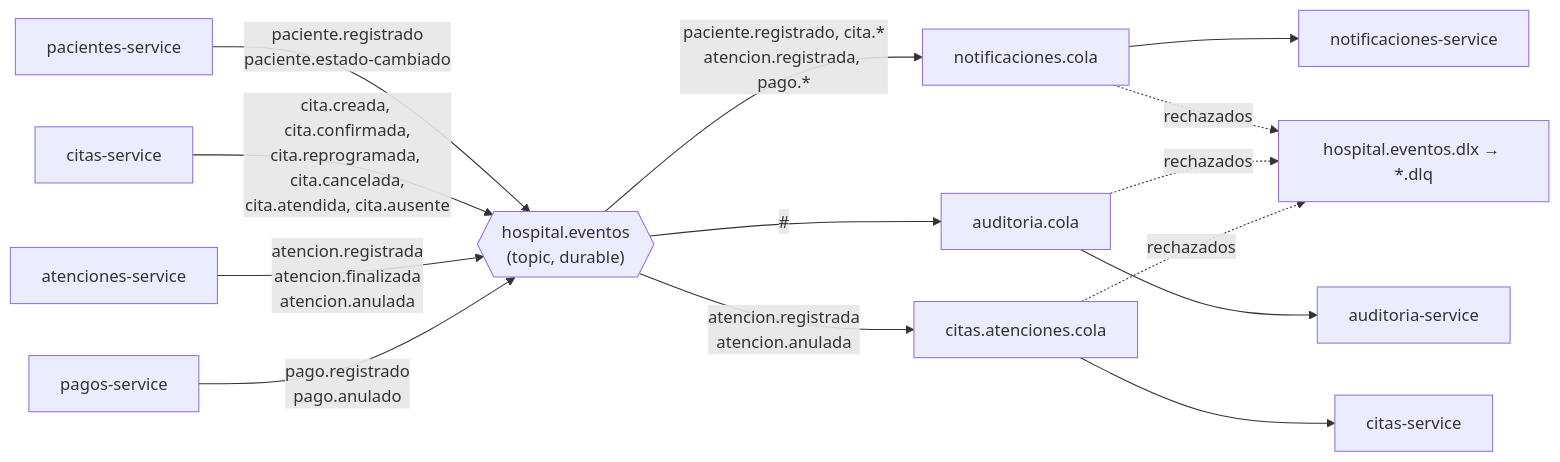
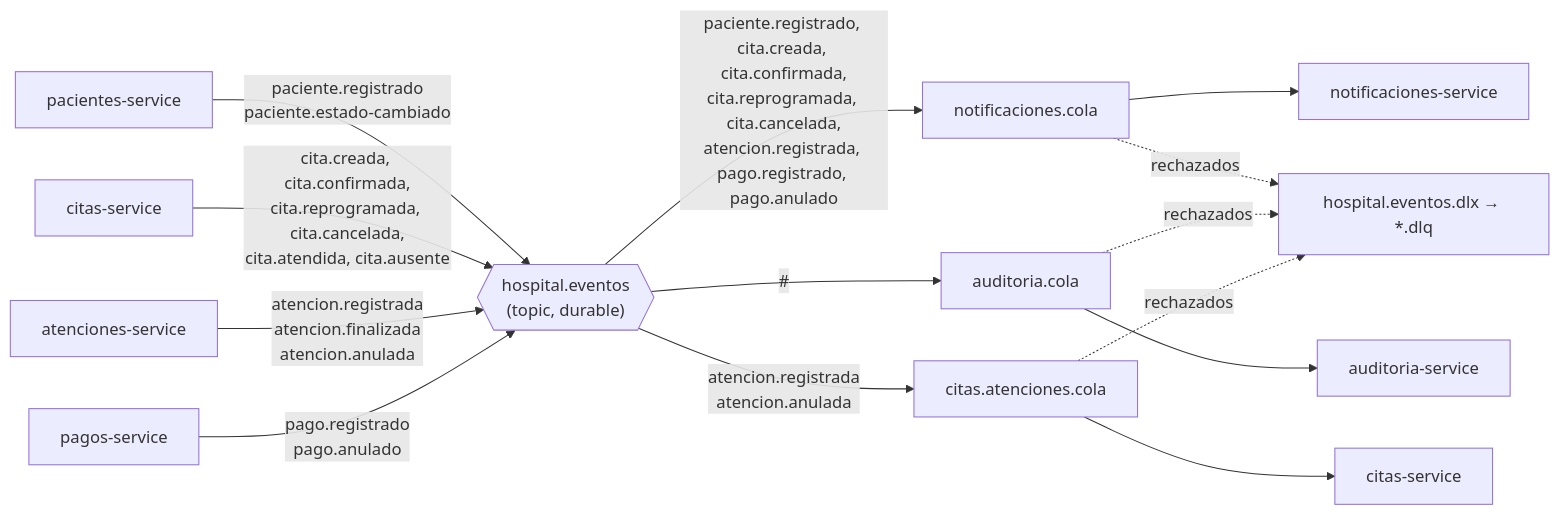
Before and after one commit to cazabacheg/CARLOS_AZABACHE_T2_HOSPITAL_2026: the fifth of 5 diagrams in docs/documento-tecnico.md, drawn with Mermaid. The commit also changed other lines of this file and 2 other files, not shown here.

First line of the commit message:
docs: aprobar spec 06 y propagar notificaciones al documento técnico

````diff
--- a/docs/documento-tecnico.md
+++ b/docs/documento-tecnico.md
@@ -500,17 +502,17 @@
 ```mermaid
 flowchart LR
     P1["pacientes-service"] -->|"paciente.registrado<br/>paciente.estado-cambiado"| X
     P2["citas-service"] -->|"cita.creada, cita.confirmada,<br/>cita.reprogramada, cita.cancelada,<br/>cita.atendida, cita.ausente"| X
     P3["atenciones-service"] -->|"atencion.registrada<br/>atencion.finalizada<br/>atencion.anulada"| X
     P4["pagos-service"] -->|"pago.registrado<br/>pago.anulado"| X
     X{{"hospital.eventos<br/>(topic, durable)"}}
-    X -->|"paciente.registrado, cita.*<br/>atencion.registrada, pago.*"| Q1["notificaciones.cola"]
+    X -->|"paciente.registrado, cita.creada, cita.confirmada,<br/>cita.reprogramada, cita.cancelada,<br/>atencion.registrada, pago.registrado, pago.anulado"| Q1["notificaciones.cola"]
     X -->|"#"| Q2["auditoria.cola"]
     X -->|"atencion.registrada<br/>atencion.anulada"| Q3["citas.atenciones.cola"]
     Q1 --> N["notificaciones-service"]
     Q2 --> A["auditoria-service"]
     Q3 --> C["citas-service"]
     Q1 -. "rechazados" .-> D["hospital.eventos.dlx → *.dlq"]
     Q2 -. "rechazados" .-> D
     Q3 -. "rechazados" .-> D
 ```
````
